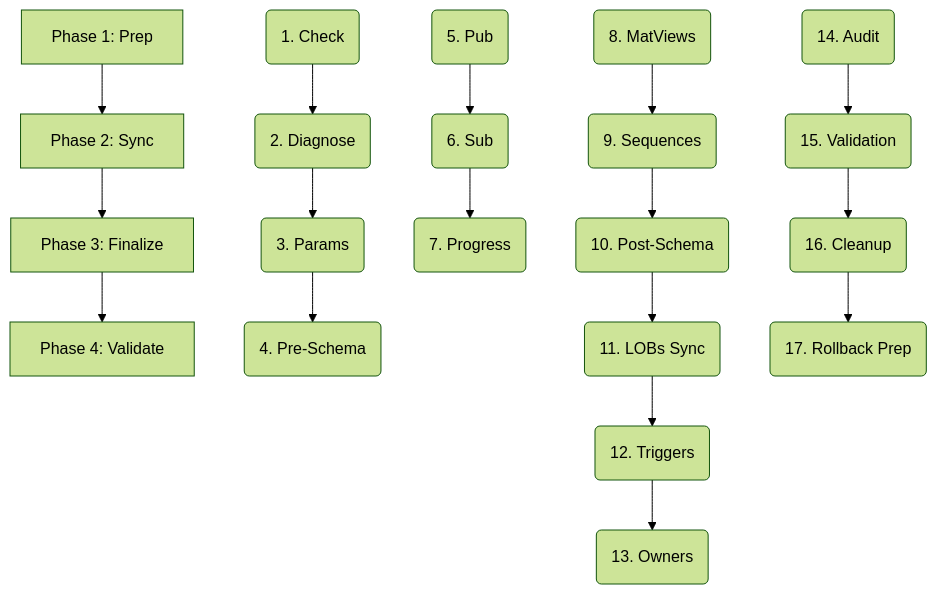
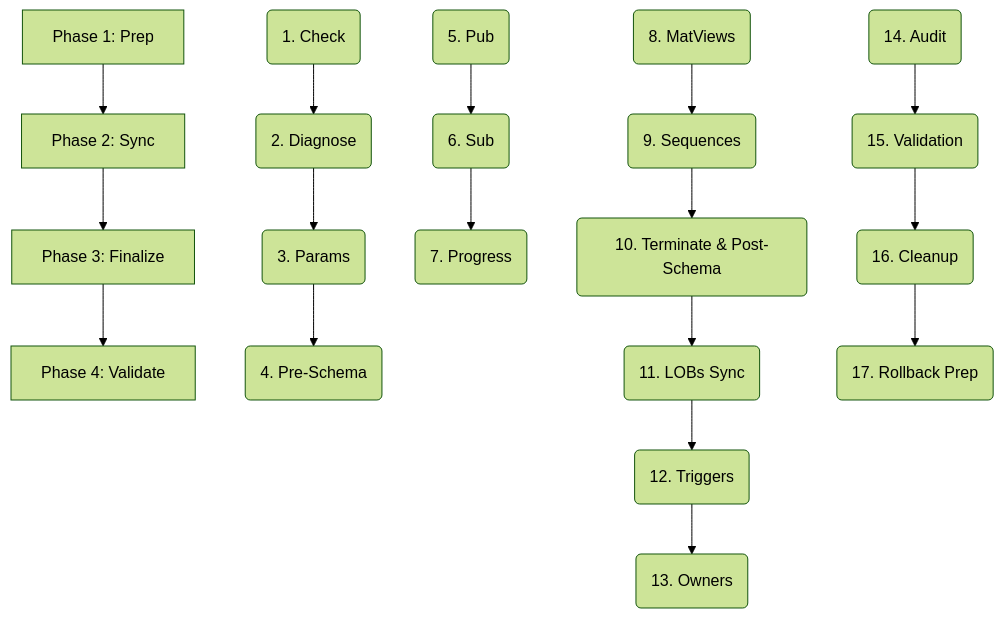
Before and after one commit to jmrenouard/pg_logical_migrator: the diagram in DOCS/WORKFLOW.md, drawn with Mermaid (forest theme). The commit also changed other lines of this file and 15 other files, not shown here.

````diff
--- a/DOCS/WORKFLOW.md
+++ b/DOCS/WORKFLOW.md
@@ -37,23 +37,23 @@
 ```mermaid
 graph TD
     A[Phase 1: Prep] --> B[Phase 2: Sync]
     B --> C[Phase 3: Finalize]
     C --> D[Phase 4: Validate]
     
     A1(1. Check) --> A2(2. Diagnose)
     A2 --> A3(3. Params)
     A3 --> A4(4. Pre-Schema)
     
     B5(5. Pub) --> B6(6. Sub)
     B6 --> B7(7. Progress)
     
     C8(8. MatViews) --> C9(9. Sequences)
-    C9 --> C10(10. Post-Schema)
+    C9 --> C10(10. Terminate & Post-Schema)
     C10 --> C11(11. LOBs Sync)
     C11 --> C12(12. Triggers)
     C12 --> C13(13. Owners)
     
     D14(14. Audit) --> D15(15. Validation)
     D15 --> D16(16. Cleanup)
     D16 --> D17(17. Rollback Prep)
 ```
````
